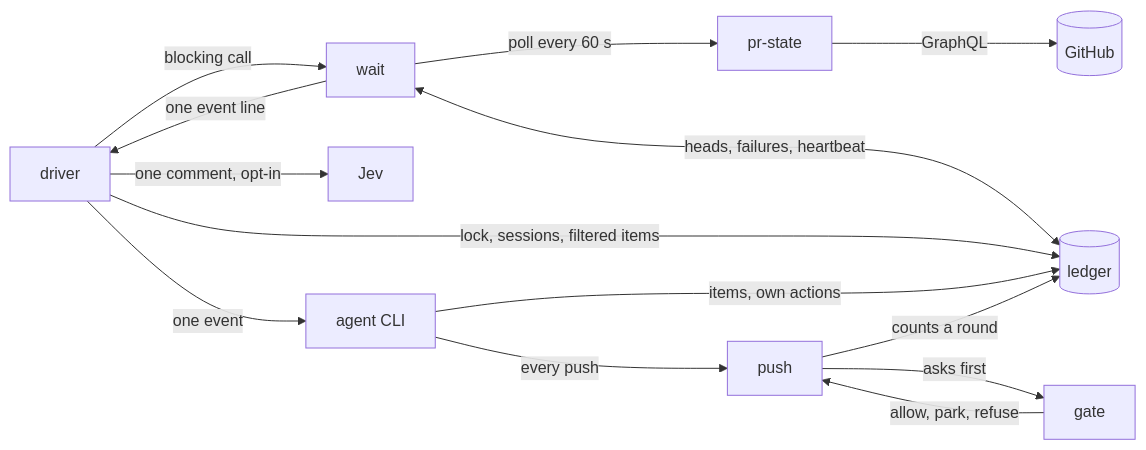
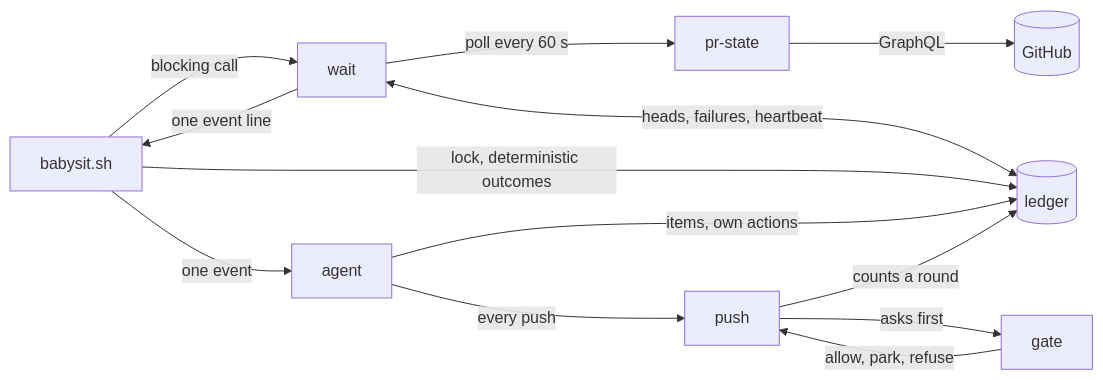
One commit to maro114510/skills changed the first of 3 diagrams in docs/design/babysit.md. Above: the diagram before and after it, drawn with Mermaid. The commit also changed other lines of this file, not shown here.

First line of the commit message:
docs(babysit): reduce babysit to one command that drives a PR to approval

````diff
--- a/docs/design/babysit.md
+++ b/docs/design/babysit.md
@@ -33,16 +44,15 @@
 ```mermaid
 flowchart LR
-  D["driver"] -->|"blocking call"| W["wait"]
-  W -->|"one event line"| D
+  B["babysit.sh"] -->|"blocking call"| W["wait"]
+  W -->|"one event line"| B
   W -->|"poll every 60 s"| P["pr-state"]
   P -->|"GraphQL"| G[(GitHub)]
   W <-->|"heads, failures, heartbeat"| L[("ledger")]
-  D -->|"one comment, opt-in"| J["Jev"]
-  D -->|"lock, sessions, filtered items"| L
-  D -->|"one event"| A["agent CLI"]
+  B -->|"lock, deterministic outcomes"| L
+  B -->|"one event"| A["agent"]
   A -->|"items, own actions"| L
   A -->|"every push"| U["push"]
   U -->|"asks first"| X["gate"]
   X -->|"allow, park, refuse"| U
   U -->|"counts a round"| L
 ```
````
